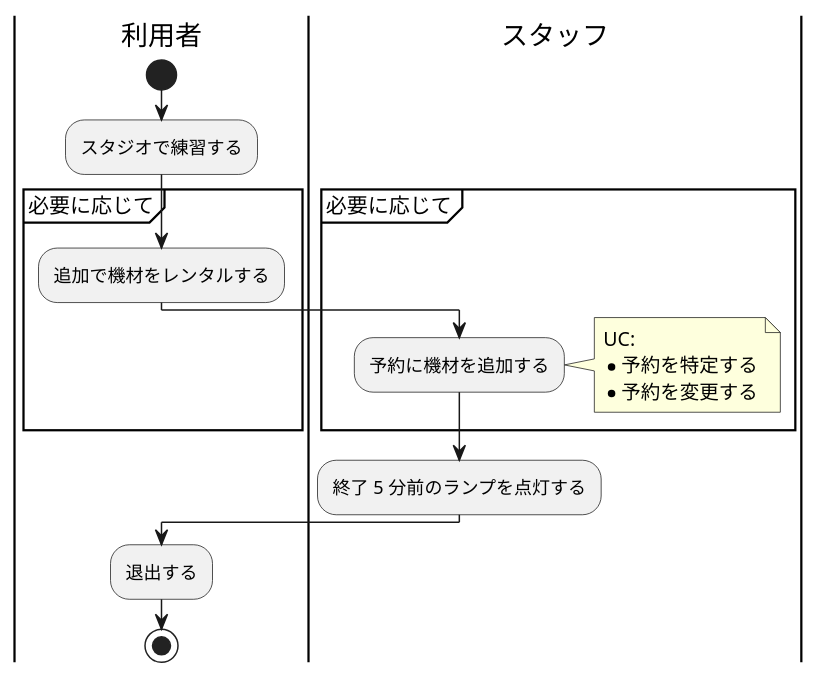
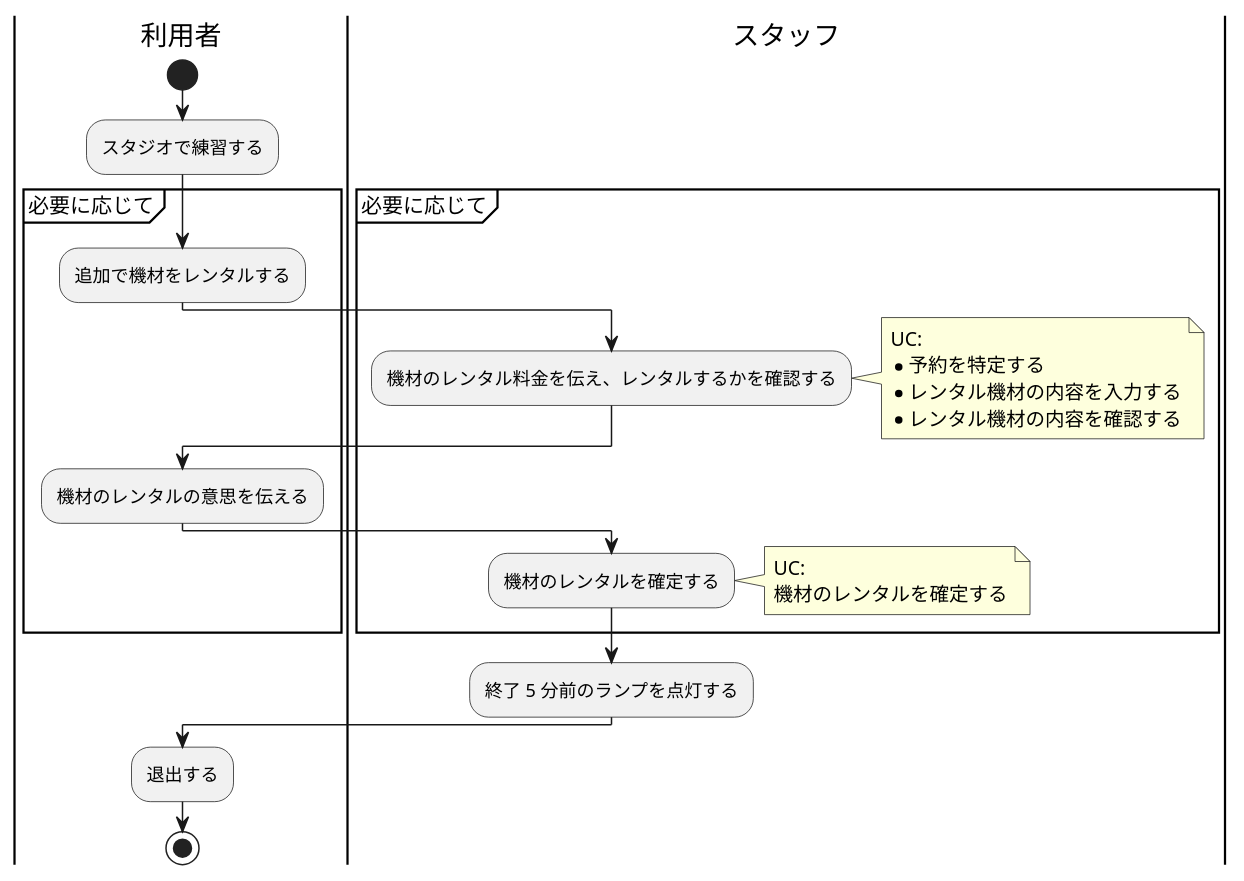
One commit to TakashiOnawa/ddd-practice-studio-reservation changed the diagram in modeling/BusinessFlow_スタジオ利用_スタジオ利用.pu. Above: the diagram before and after it, drawn with PlantUML. The commit also changed 24 other files, not shown here.

```diff
--- a/modeling/BusinessFlow_スタジオ利用_スタジオ利用.pu
+++ b/modeling/BusinessFlow_スタジオ利用_スタジオ利用.pu
@@ -1,26 +1,37 @@
 @startuml BusinessFlow
 
 |利用者|
 start
 :スタジオで練習する;
 
 partition 必要に応じて {
     :追加で機材をレンタルする;
 
     |スタッフ|
-    :予約に機材を追加する;
+    :機材のレンタル料金を伝え、レンタルするかを確認する;
     note right
     UC:
     * 予約を特定する
-    * 予約を変更する
+    * レンタル機材の内容を入力する
+    * レンタル機材の内容を確認する
+    end note
+
+    |利用者|
+    :機材のレンタルの意思を伝える;
+
+    |スタッフ|
+    :機材のレンタルを確定する;
+    note right
+    UC:
+    機材のレンタルを確定する
     end note
 }
 
 :終了 5 分前のランプを点灯する;
 
 |利用者|
 :退出する;
 
 stop
 
 @enduml
```
